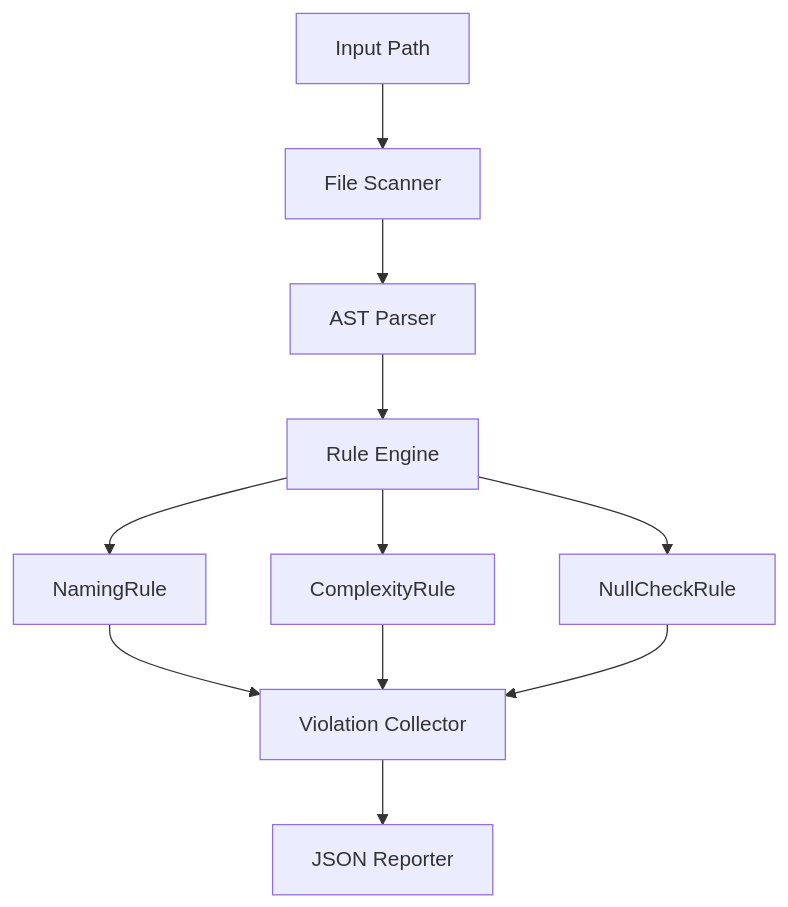
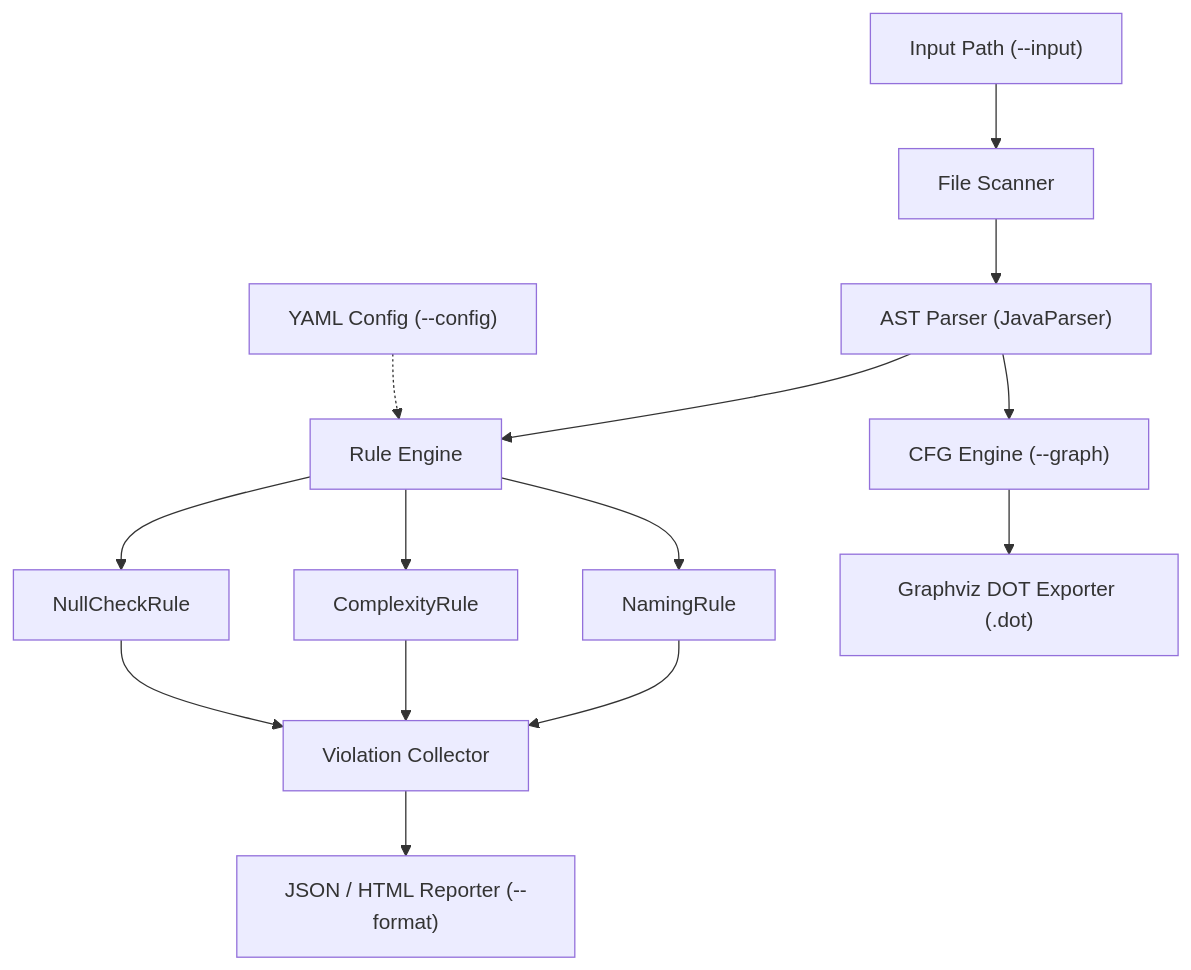
The diagram in docs/data-flow.md (rounakkm/bytecode-cfg), drawn with Mermaid before and after one commit. The commit also changed other lines of this file and 12 other files, not shown here.

````diff
--- a/docs/data-flow.md
+++ b/docs/data-flow.md
@@ -100,13 +101,16 @@
 ```mermaid
 flowchart TD
-    A["Input Path"] --> B["File Scanner"]
-    B --> C["AST Parser"]
+    A["Input Path (--input)"] --> B["File Scanner"]
+    B --> C["AST Parser (JavaParser)"]
     C --> D["Rule Engine"]
+    CFG_CFG["YAML Config (--config)"] -.-> D
     D --> D1["NamingRule"]
     D --> D2["ComplexityRule"]
     D --> D3["NullCheckRule"]
     D1 --> E["Violation Collector"]
     D2 --> E
     D3 --> E
-    E --> F["JSON Reporter"]
+    E --> F["JSON / HTML Reporter (--format)"]
+    C --> G["CFG Engine (--graph)"]
+    G --> H["Graphviz DOT Exporter (.dot)"]
 ```
````
